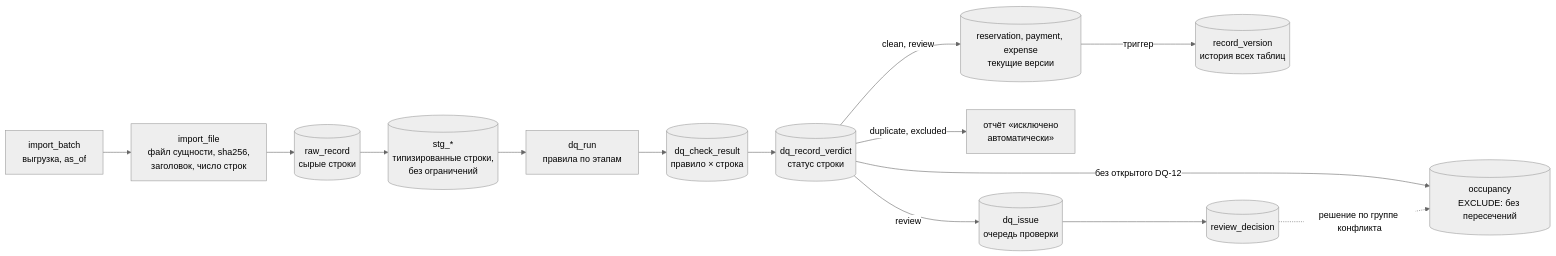
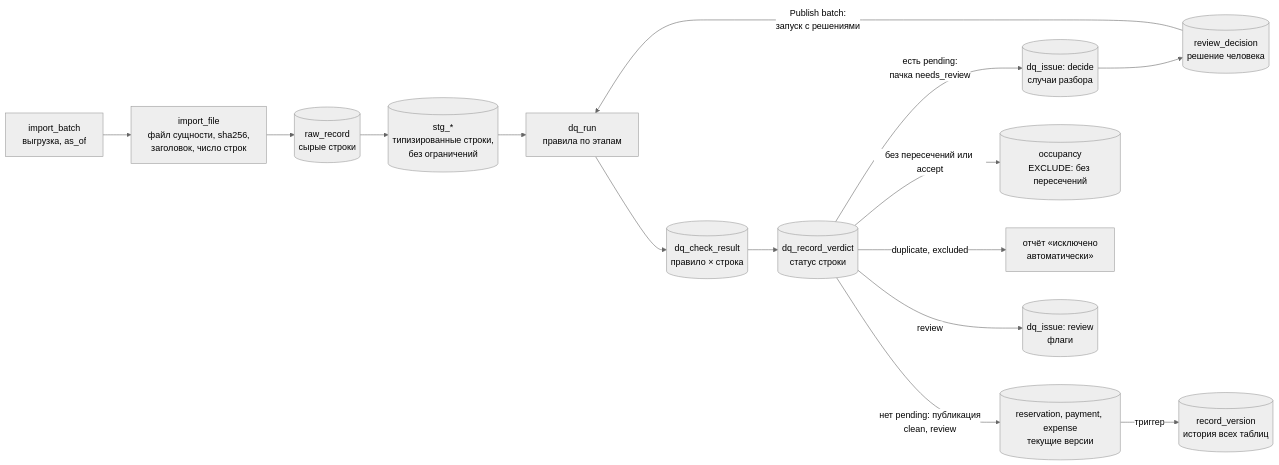
The diagram in docs/VALIDATION_PLAN.md (ProjectINT/business-system), drawn with Mermaid (neutral theme) before and after one commit. The commit also changed other lines of this file and 3 other files, not shown here.

````diff
--- a/docs/VALIDATION_PLAN.md
+++ b/docs/VALIDATION_PLAN.md
@@ -20,16 +20,17 @@
 ```mermaid
 flowchart LR
   B["import_batch<br/>выгрузка, as_of"] --> F["import_file<br/>файл сущности, sha256,<br/>заголовок, число строк"]
   F --> RAW[("raw_record<br/>сырые строки")]
   RAW --> STG[("stg_*<br/>типизированные строки,<br/>без ограничений")]
   STG --> RUN["dq_run<br/>правила по этапам"]
   RUN --> LOG[("dq_check_result<br/>правило × строка")]
   LOG --> VER[("dq_record_verdict<br/>статус строки")]
-  VER -->|"clean, review"| CORE[("reservation, payment, expense<br/>текущие версии")]
+  VER -->|"есть pending:<br/>пачка needs_review"| CASE[("dq_issue: decide<br/>случаи разбора")]
+  CASE --> DEC[("review_decision<br/>решение человека")]
+  DEC -->|"Publish batch:<br/>запуск с решениями"| RUN
+  VER -->|"нет pending: публикация<br/>clean, review"| CORE[("reservation, payment, expense<br/>текущие версии")]
   CORE -->|"триггер"| HIST[("record_version<br/>история всех таблиц")]
-  VER -->|"без открытого DQ-12"| OCC[("occupancy<br/>EXCLUDE: без пересечений")]
+  VER -->|"без пересечений или accept"| OCC[("occupancy<br/>EXCLUDE: без пересечений")]
   VER -->|"duplicate, excluded"| AUTO["отчёт «исключено<br/>автоматически»"]
-  VER -->|"review"| ISS[("dq_issue<br/>очередь проверки")]
-  ISS --> DEC[("review_decision")]
-  DEC -.->|"решение по группе конфликта"| OCC
+  VER -->|"review"| ISS[("dq_issue: review<br/>флаги")]
 ```
````
